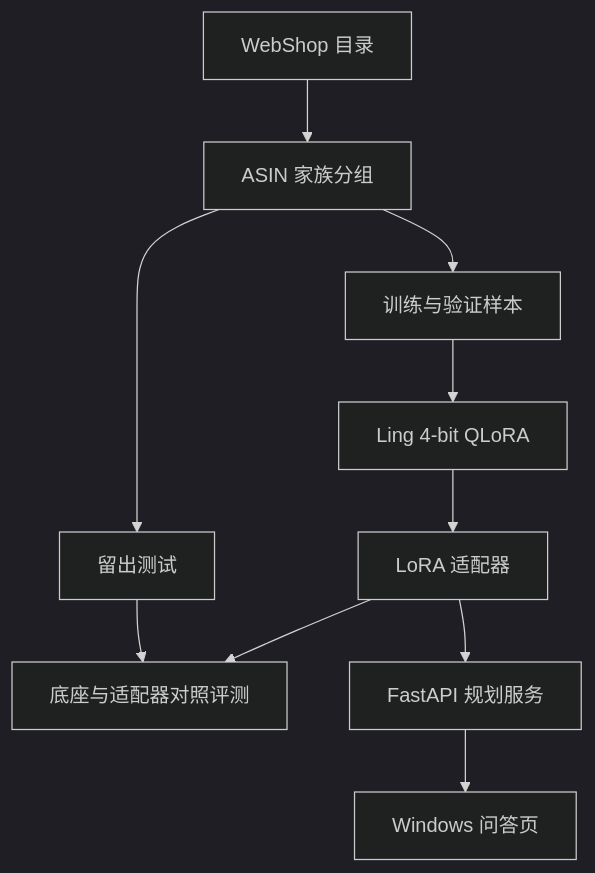
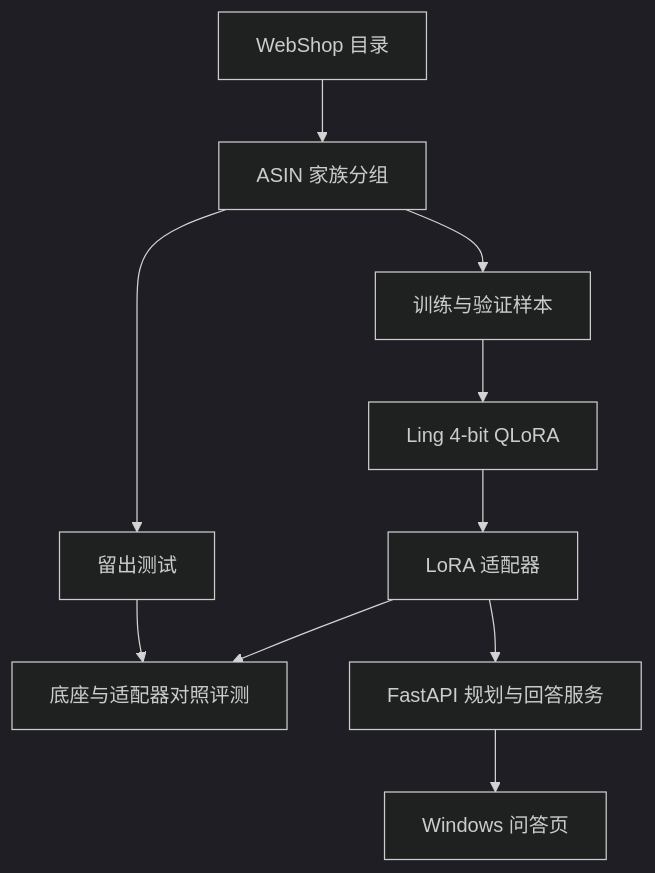
The second of 2 diagrams in docs/ARCHITECTURE.md (AaronYue77/webshop-ling-rag), drawn with Mermaid (dark theme) before and after one commit. The commit also changed other lines of this file and 12 other files, not shown here.

````diff
--- a/docs/ARCHITECTURE.md
+++ b/docs/ARCHITECTURE.md
@@ -32,12 +29,12 @@
 ```mermaid
 flowchart TD
   C["WebShop 目录"] --> G["ASIN 家族分组"]
   G --> S["训练与验证样本"]
   G --> H["留出测试"]
   S --> T["Ling 4-bit QLoRA"]
   T --> W["LoRA 适配器"]
   W --> E["底座与适配器对照评测"]
   H --> E
-  W --> P["FastAPI 规划服务"]
+  W --> P["FastAPI 规划与回答服务"]
   P --> B["Windows 问答页"]
 ```
````
